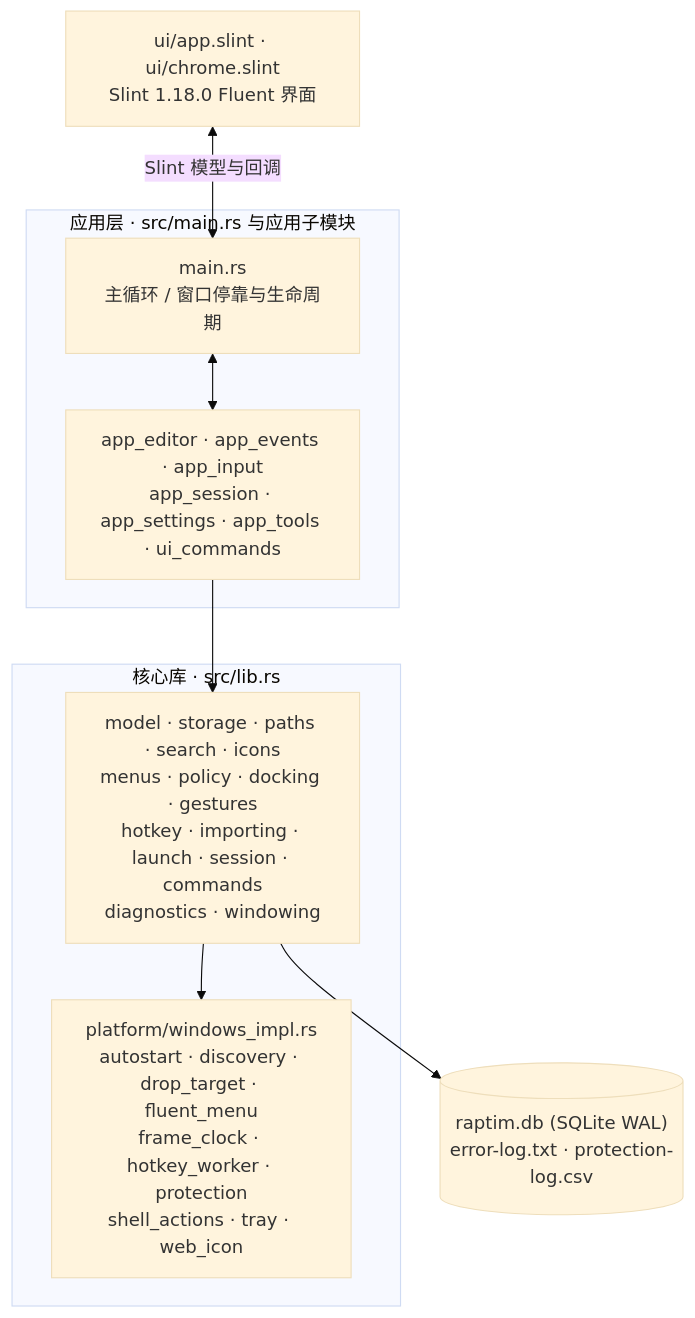
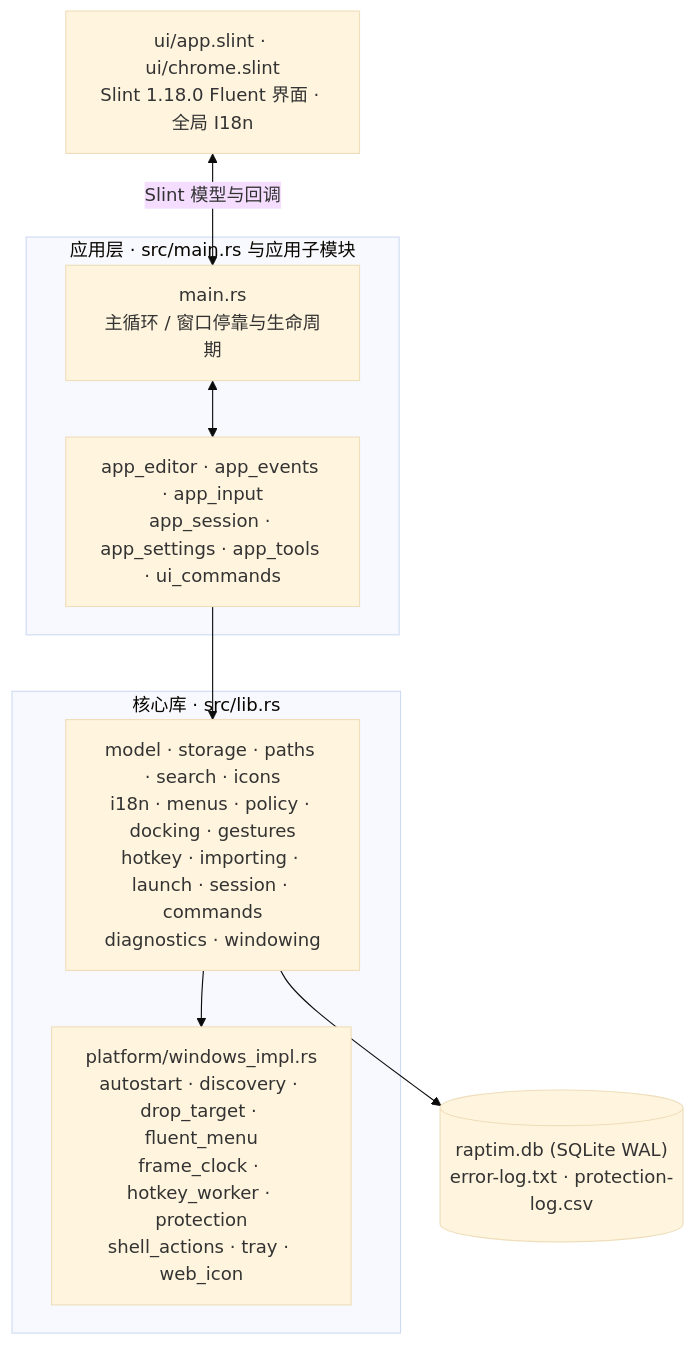
The first of 3 diagrams in docs/ARCHITECTURE.md (KHWLGH/Raptim), drawn with Mermaid (base theme) before and after one commit. The commit also changed other lines of this file and 79 other files, not shown here.

````diff
--- a/docs/ARCHITECTURE.md
+++ b/docs/ARCHITECTURE.md
@@ -21,19 +21,19 @@
 ```mermaid
 flowchart TB
-  UI["ui/app.slint · ui/chrome.slint<br/>Slint 1.18.0 Fluent 界面"]
+  UI["ui/app.slint · ui/chrome.slint<br/>Slint 1.18.0 Fluent 界面 · 全局 I18n"]
   subgraph BIN["应用层 · src/main.rs 与应用子模块"]
     APP["main.rs<br/>主循环 / 窗口停靠与生命周期"]
     MODS["app_editor · app_events · app_input<br/>app_session · app_settings · app_tools · ui_commands"]
     APP <--> MODS
   end
   subgraph LIB["核心库 · src/lib.rs"]
-    CORE["model · storage · paths · search · icons<br/>menus · policy · docking · gestures<br/>hotkey · importing · launch · session · commands<br/>diagnostics · windowing"]
+    CORE["model · storage · paths · search · icons<br/>i18n · menus · policy · docking · gestures<br/>hotkey · importing · launch · session · commands<br/>diagnostics · windowing"]
     PLAT["platform/windows_impl.rs<br/>autostart · discovery · drop_target · fluent_menu<br/>frame_clock · hotkey_worker · protection<br/>shell_actions · tray · web_icon"]
     CORE --> PLAT
   end
   DB[("raptim.db (SQLite WAL)<br/>error-log.txt · protection-log.csv")]
 
   UI <-->|"Slint 模型与回调"| APP
   MODS --> CORE
   CORE --> DB
 ```
````
